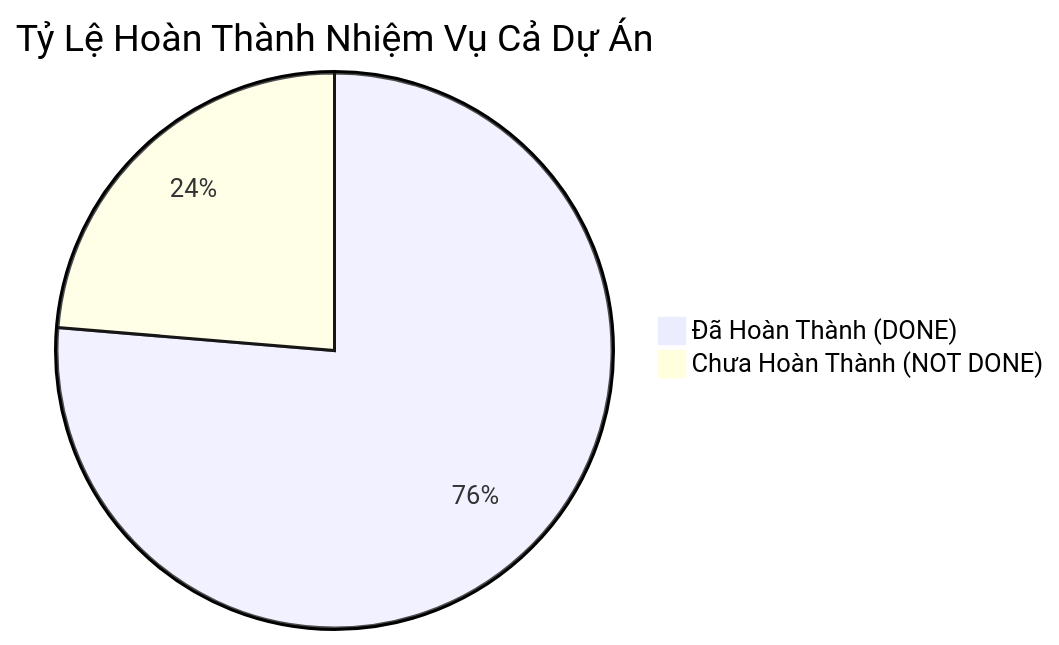
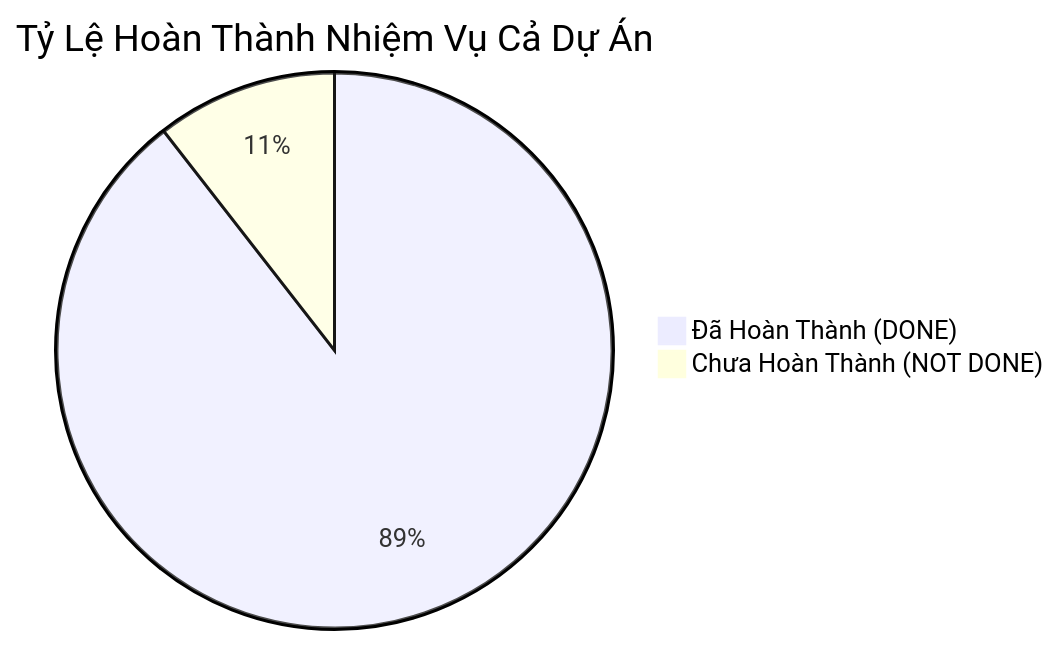
One commit to phattvh/DataStructure_ATM-Project changed the first of 2 diagrams in docs/TIEN_DO_CONG_VIEC.md. Above: the diagram before and after it, drawn with Mermaid. The commit also changed other lines of this file and 6 other files, not shown here.

````diff
--- a/docs/TIEN_DO_CONG_VIEC.md
+++ b/docs/TIEN_DO_CONG_VIEC.md
@@ -10,5 +10,5 @@
 ```mermaid
 pie title Tỷ Lệ Hoàn Thành Nhiệm Vụ Cả Dự Án
-    "Đã Hoàn Thành (DONE)" : 29
-    "Chưa Hoàn Thành (NOT DONE)" : 9
+    "Đã Hoàn Thành (DONE)" : 34
+    "Chưa Hoàn Thành (NOT DONE)" : 4
 ```
````
